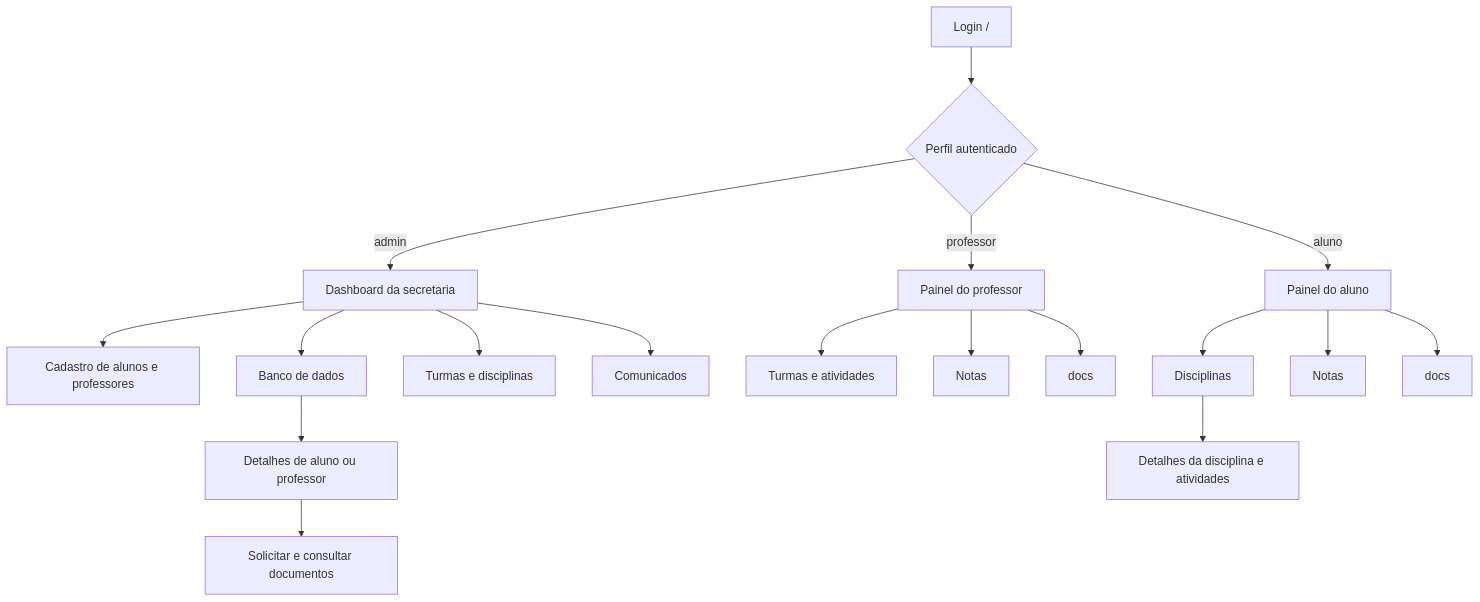
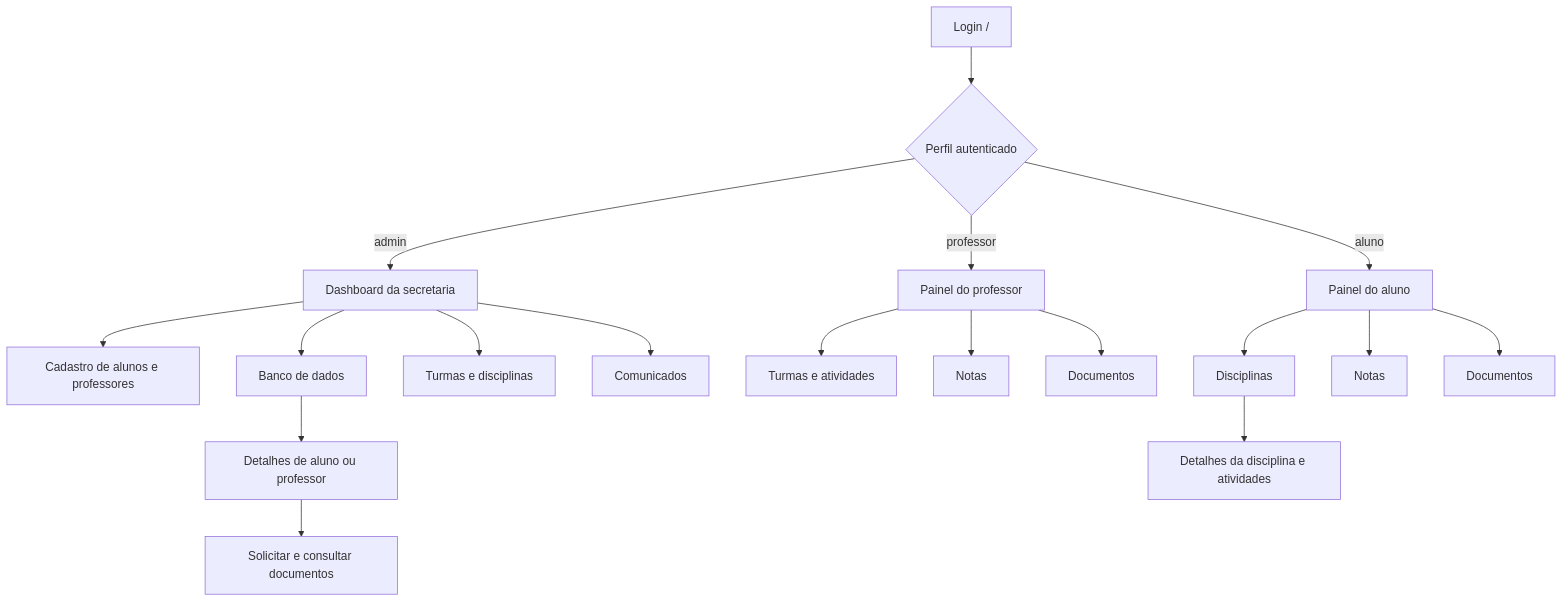
The third of 3 diagrams in README.md (Samucau1/Projeto-Educa-Fast), drawn with Mermaid before and after one commit. The commit also changed other lines of this file and 4 other files, not shown here.

````diff
--- a/README.md
+++ b/README.md
@@ -162,20 +161,20 @@
 ```mermaid
 flowchart TD
     Login["Login /"] --> Perfil{"Perfil autenticado"}
     Perfil -->|admin| Admin["Dashboard da secretaria"]
     Perfil -->|professor| Professor["Painel do professor"]
     Perfil -->|aluno| Aluno["Painel do aluno"]
     Admin --> Cadastros["Cadastro de alunos e professores"]
     Admin --> Registros["Banco de dados"]
     Registros --> Detalhes["Detalhes de aluno ou professor"]
     Detalhes --> Documentos["Solicitar e consultar documentos"]
     Admin --> Organizacao["Turmas e disciplinas"]
     Admin --> Comunicados["Comunicados"]
     Professor --> PT["Turmas e atividades"]
     Professor --> PN["Notas"]
-    Professor --> PD["docs"]
+    Professor --> PD["Documentos"]
     Aluno --> AD["Disciplinas"]
     AD --> Disciplina["Detalhes da disciplina e atividades"]
     Aluno --> AN["Notas"]
-    Aluno --> AQ["docs"]
+    Aluno --> AQ["Documentos"]
 ```
````
